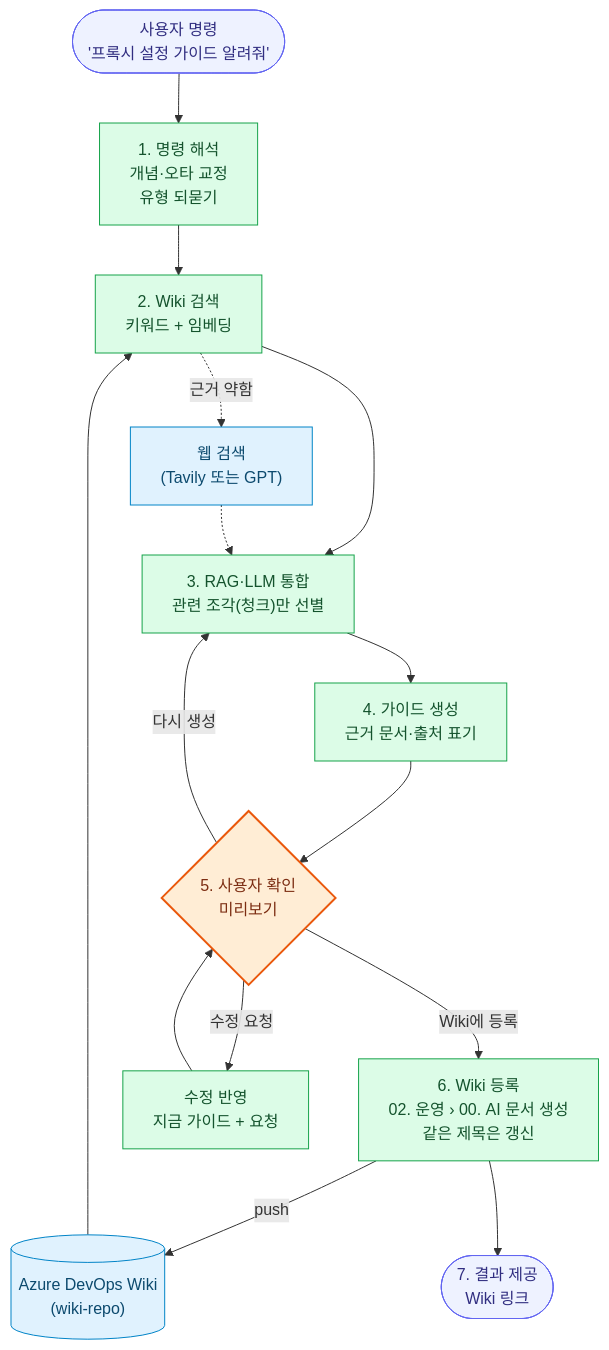
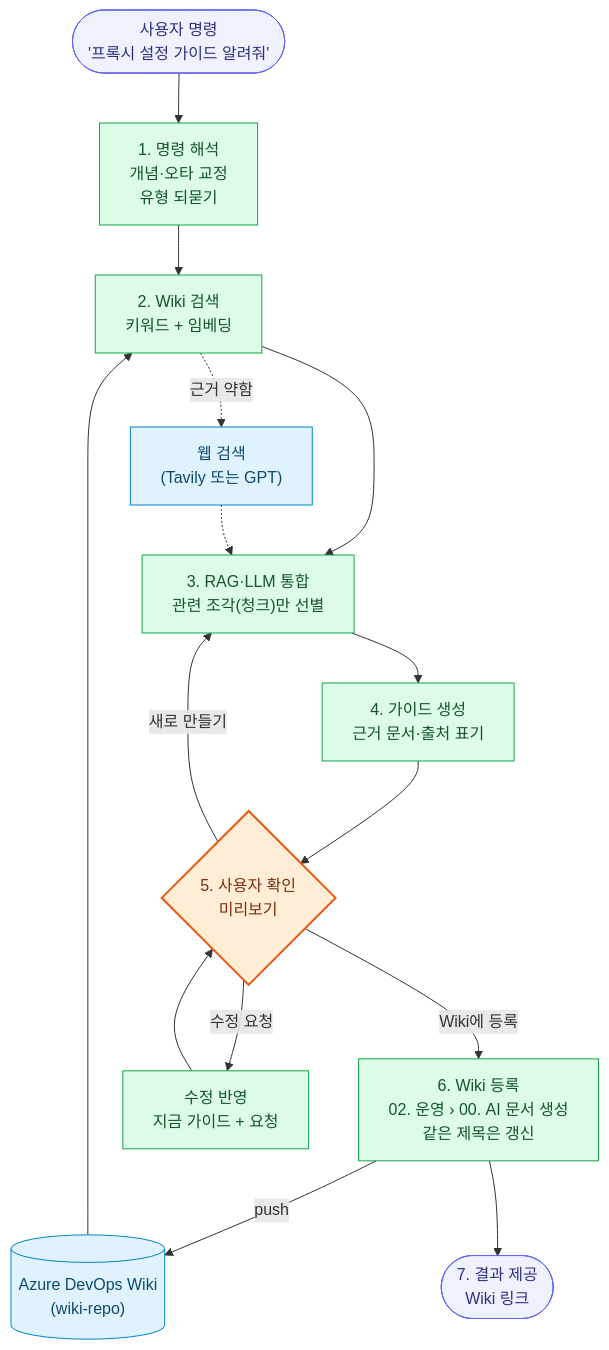
One commit to pcmola/ai-master changed the first of 10 diagrams in README.md. Above: the diagram before and after it, drawn with Mermaid. The commit also changed other lines of this file and 2 other files, not shown here.

First line of the commit message:
가이드 캐시 추가, 가이드 화면의 Wiki 링크 404·다이어그램 주소 오류 수정

````diff
--- a/README.md
+++ b/README.md
@@ -66,28 +66,28 @@
 ```mermaid
 flowchart TD
     q(["사용자 명령<br/>'프록시 설정 가이드 알려줘'"]) --> a["1. 명령 해석<br/>개념·오타 교정<br/>유형 되묻기"]
     a --> s["2. Wiki 검색<br/>키워드 + 임베딩"]
     wiki[("Azure DevOps Wiki<br/>(wiki-repo)")] --> s
     s -. "근거 약함" .-> web["웹 검색<br/>(Tavily 또는 GPT)"]
     s --> r["3. RAG·LLM 통합<br/>관련 조각(청크)만 선별"]
     web -.-> r
     r --> g["4. 가이드 생성<br/>근거 문서·출처 표기"]
     g --> u{"5. 사용자 확인<br/>미리보기"}
-    u -- "다시 생성" --> r
+    u -- "새로 만들기" --> r
     u -- "Wiki에 등록" --> reg["6. Wiki 등록<br/>02. 운영 › 00. AI 문서 생성<br/>같은 제목은 갱신"]
     reg -- "push" --> wiki
     reg --> out(["7. 결과 제공<br/>Wiki 링크"])
     u -- "수정 요청" --> rv["수정 반영<br/>지금 가이드 + 요청"]
     rv --> u
 
     classDef done fill:#DCFCE7,stroke:#16A34A,color:#14532D
     classDef part fill:#FEF3C7,stroke:#D97706,color:#78350F
     classDef todo fill:#F1F5F9,stroke:#94A3B8,stroke-dasharray:4 3,color:#64748B
     classDef user fill:#FFEDD5,stroke:#EA580C,stroke-width:2px,color:#7C2D12
     classDef io fill:#EEF2FF,stroke:#6366F1,color:#312E81
     classDef ext fill:#E0F2FE,stroke:#0284C7,color:#0C4A6E
     class q,out io
     class a,s,r,g,reg,rv done
     class u user
     class wiki,web ext
 ```
````
